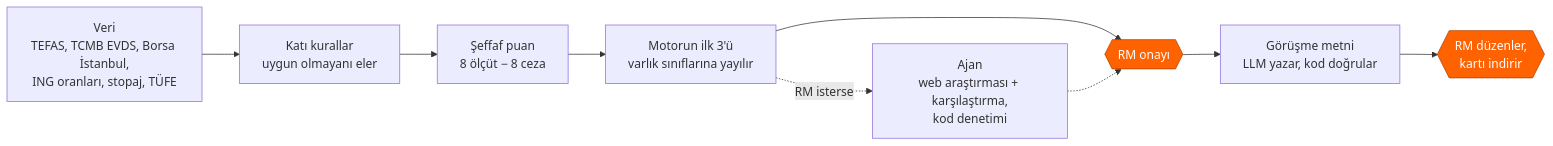
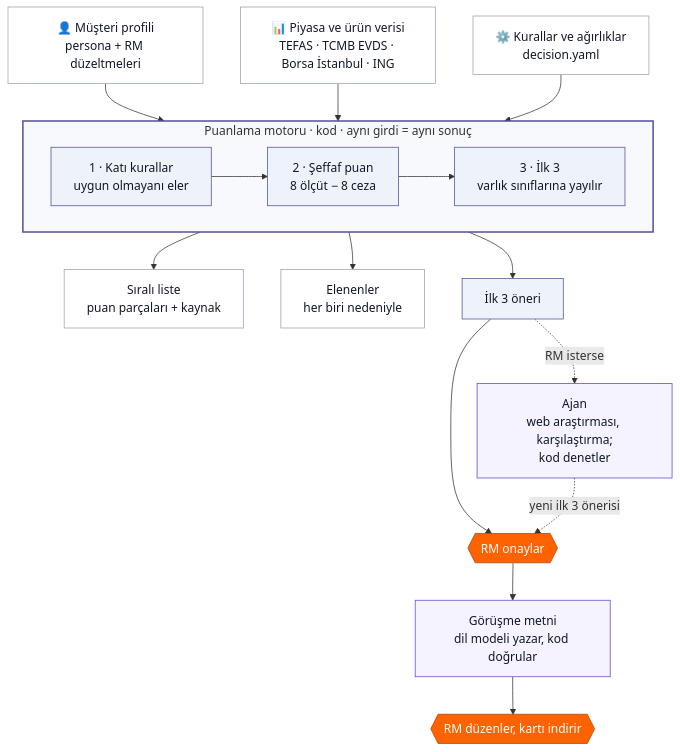
One commit to ArdahanDogru/ing-hackathon-rm-prep changed the first of 6 diagrams in README.md. Above: the diagram before and after it, drawn with Mermaid. The commit also changed other lines of this file, not shown here.

Commit message:
README: section 0 (quick start, how to read); engine chart with inputs and outputs, colors for code / AI / RM; sections 2-8 rewritten in the voice of the opening

````diff
--- a/README.md
+++ b/README.md
@@ -73,13 +79,27 @@
 ```mermaid
-flowchart LR
-    A["Veri<br/>TEFAS, TCMB EVDS, Borsa İstanbul,<br/>ING oranları, stopaj, TÜFE"] --> B["Katı kurallar<br/>uygun olmayanı eler"]
-    B --> C["Şeffaf puan<br/>8 ölçüt − 8 ceza"]
-    C --> D["Motorun ilk 3'ü<br/>varlık sınıflarına yayılır"]
-    D -. "RM isterse" .-> AG["Ajan<br/>web araştırması + karşılaştırma,<br/>kod denetimi"]
-    D --> E{{"RM onayı"}}
-    AG -.-> E
-    E --> F["Görüşme metni<br/>LLM yazar, kod doğrular"]
-    F --> G{{"RM düzenler,<br/>kartı indirir"}}
-    classDef human fill:#FF6200,color:#fff,stroke:#B34400
-    class E,G human
+flowchart TB
+    P["👤 Müşteri profili<br/>persona + RM düzeltmeleri"] --> ENG
+    M["📊 Piyasa ve ürün verisi<br/>TEFAS · TCMB EVDS · Borsa İstanbul · ING"] --> ENG
+    K["⚙️ Kurallar ve ağırlıklar<br/>decision.yaml"] --> ENG
+    subgraph ENG["Puanlama motoru · kod · aynı girdi = aynı sonuç"]
+        direction LR
+        E1["1 · Katı kurallar<br/>uygun olmayanı eler"] --> E2["2 · Şeffaf puan<br/>8 ölçüt − 8 ceza"] --> E3["3 · İlk 3<br/>varlık sınıflarına yayılır"]
+    end
+    ENG --> O1["Sıralı liste<br/>puan parçaları + kaynak"]
+    ENG --> O2["Elenenler<br/>her biri nedeniyle"]
+    ENG --> O3["İlk 3 öneri"]
+    O3 -. "RM isterse" .-> AG["Ajan<br/>web araştırması, karşılaştırma;<br/>kod denetler"]
+    O3 --> RM1{{"RM onaylar"}}
+    AG -. "yeni ilk 3 önerisi" .-> RM1
+    RM1 --> N["Görüşme metni<br/>dil modeli yazar, kod doğrular"]
+    N --> RM2{{"RM düzenler, kartı indirir"}}
+    classDef io fill:#fff,stroke:#98A2B3,color:#101828
+    classDef code fill:#EEF2F9,stroke:#525199,color:#101828
+    classDef ai fill:#F4F3FF,stroke:#6941C6,color:#101828
+    classDef human fill:#FF6200,stroke:#B34400,color:#fff
+    class P,M,K,O1,O2 io
+    class E1,E2,E3,O3 code
+    class AG,N ai
+    class RM1,RM2 human
+    style ENG fill:#F8F9FC,stroke:#525199,stroke-width:2px
 ```
````
